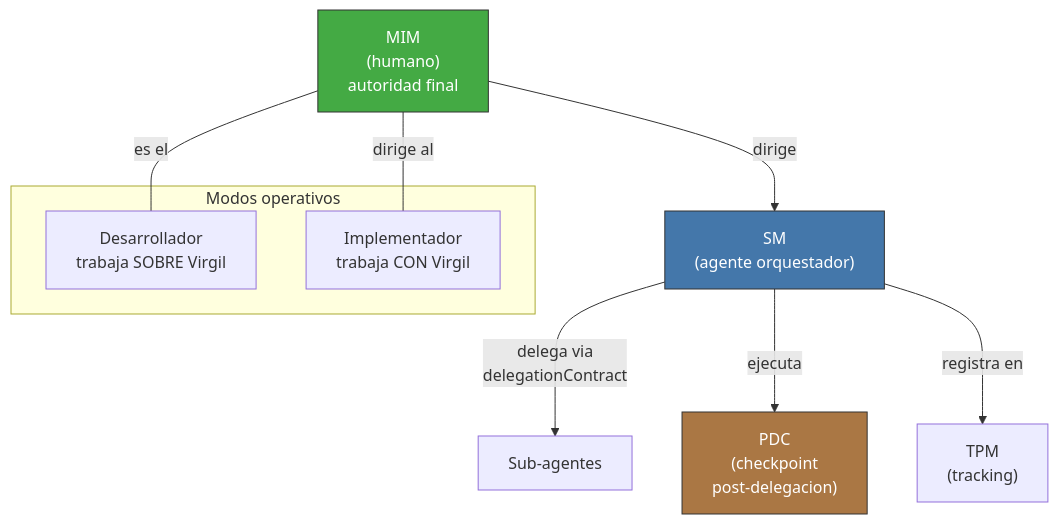
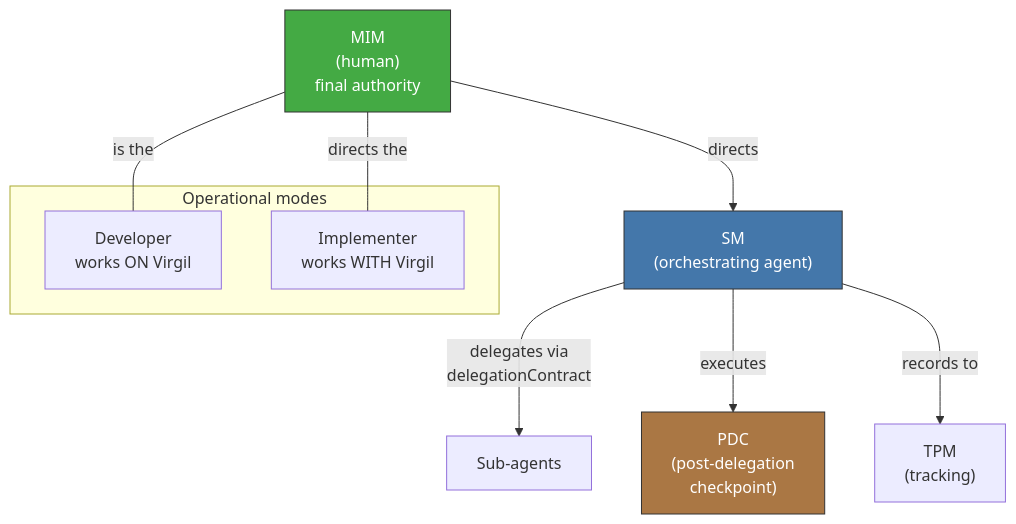
The diagram in principia/sections/01-vocabulary.md (virgenherrera/virgil), drawn with Mermaid before and after one commit. The commit also changed other lines of this file and 42 other files, not shown here.

````diff
--- a/principia/sections/01-vocabulary.md
+++ b/principia/sections/01-vocabulary.md
@@ -39,20 +39,20 @@
 ```mermaid
 flowchart TD
-    MIM["MIM\n(humano)\nautoridad final"]
-    MIM -->|"dirige"| SM["SM\n(agente orquestador)"]
-    SM -->|"delega via\ndelegationContract"| SUB["Sub-agentes"]
-    SM -->|"ejecuta"| PDC["PDC\n(checkpoint\npost-delegacion)"]
-    SM -->|"registra en"| TPM["TPM\n(tracking)"]
+    MIM["MIM\n(human)\nfinal authority"]
+    MIM -->|"directs"| SM["SM\n(orchestrating agent)"]
+    SM -->|"delegates via\ndelegationContract"| SUB["Sub-agents"]
+    SM -->|"executes"| PDC["PDC\n(post-delegation\ncheckpoint)"]
+    SM -->|"records to"| TPM["TPM\n(tracking)"]
 
-    subgraph MODOS["Modos operativos"]
-        DEV["Desarrollador\ntrabaja SOBRE Virgil"]
-        IMPL["Implementador\ntrabaja CON Virgil"]
+    subgraph MODOS["Operational modes"]
+        DEV["Developer\nworks ON Virgil"]
+        IMPL["Implementer\nworks WITH Virgil"]
     end
 
-    MIM ---|"es el"| DEV
-    MIM ---|"dirige al"| IMPL
+    MIM ---|"is the"| DEV
+    MIM ---|"directs the"| IMPL
 
     style MIM fill:#4a4,stroke:#333,color:#fff
     style SM fill:#47a,stroke:#333,color:#fff
     style PDC fill:#a74,stroke:#333,color:#fff
 ```
````
